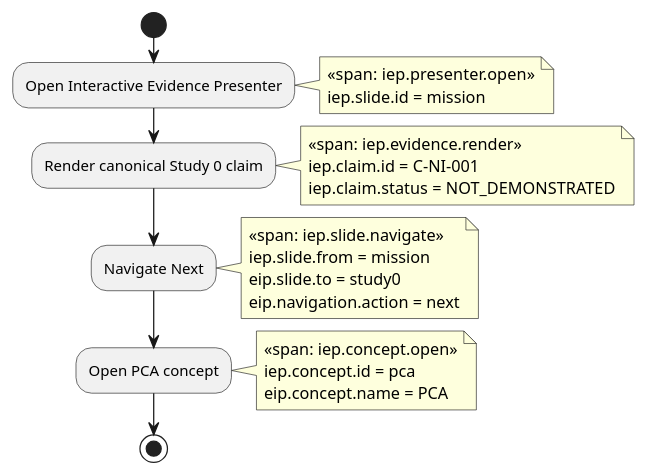
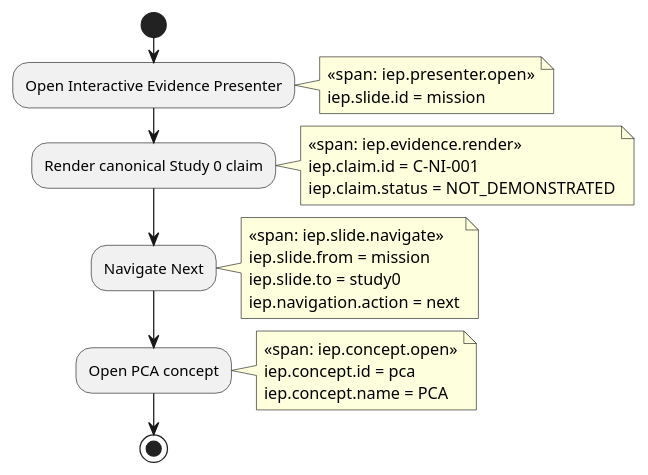
The diagram in docs/models/E2E-REFERENCE-001.puml (gharbonnier78/interactive-evidence-presenter), drawn with PlantUML before and after one commit.

Commit message:
Fix UML telemetry attribute namespace

```diff
--- a/docs/models/E2E-REFERENCE-001.puml
+++ b/docs/models/E2E-REFERENCE-001.puml
@@ -1,31 +1,31 @@
 @startuml
 start
 :Open Interactive Evidence Presenter;
 note right
 <<span: iep.presenter.open>>
 iep.slide.id = mission
 end note
 
 :Render canonical Study 0 claim;
 note right
 <<span: iep.evidence.render>>
 iep.claim.id = C-NI-001
 iep.claim.status = NOT_DEMONSTRATED
 end note
 
 :Navigate Next;
 note right
 <<span: iep.slide.navigate>>
 iep.slide.from = mission
-eip.slide.to = study0
-eip.navigation.action = next
+iep.slide.to = study0
+iep.navigation.action = next
 end note
 
 :Open PCA concept;
 note right
 <<span: iep.concept.open>>
 iep.concept.id = pca
-eip.concept.name = PCA
+iep.concept.name = PCA
 end note
 stop
 @enduml
```
